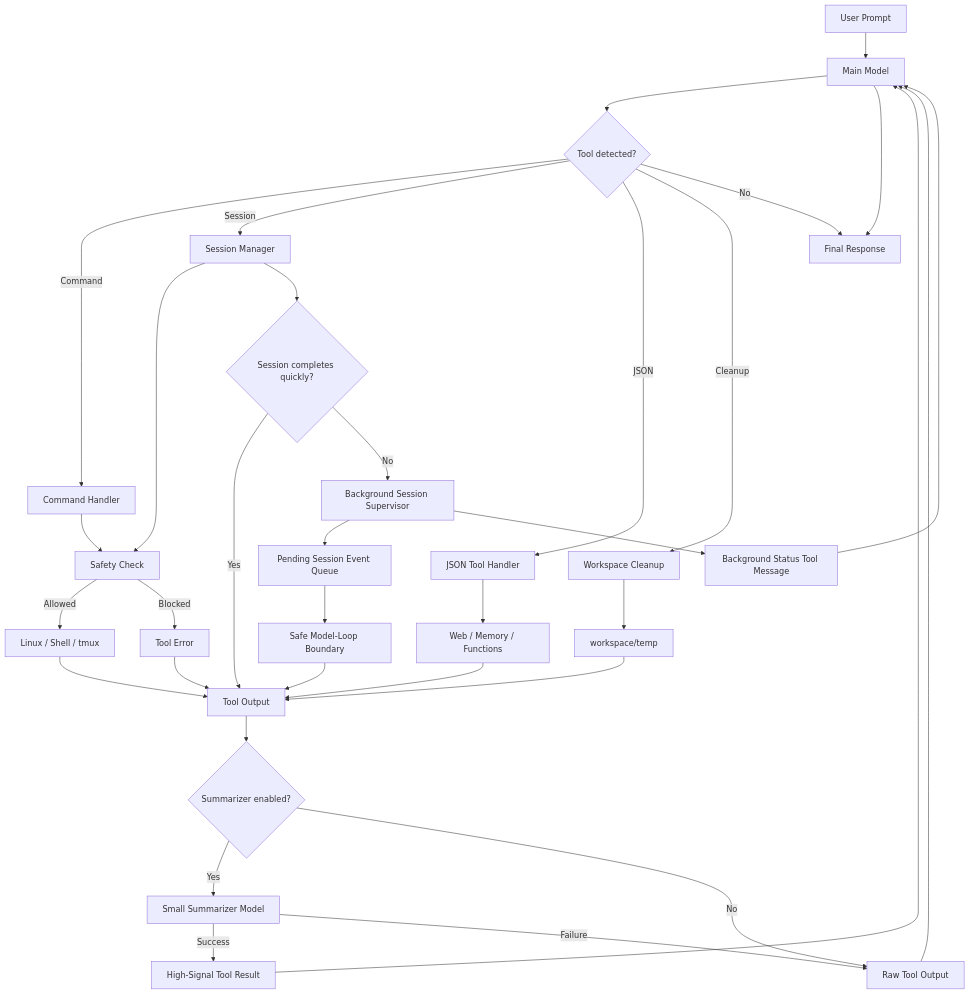
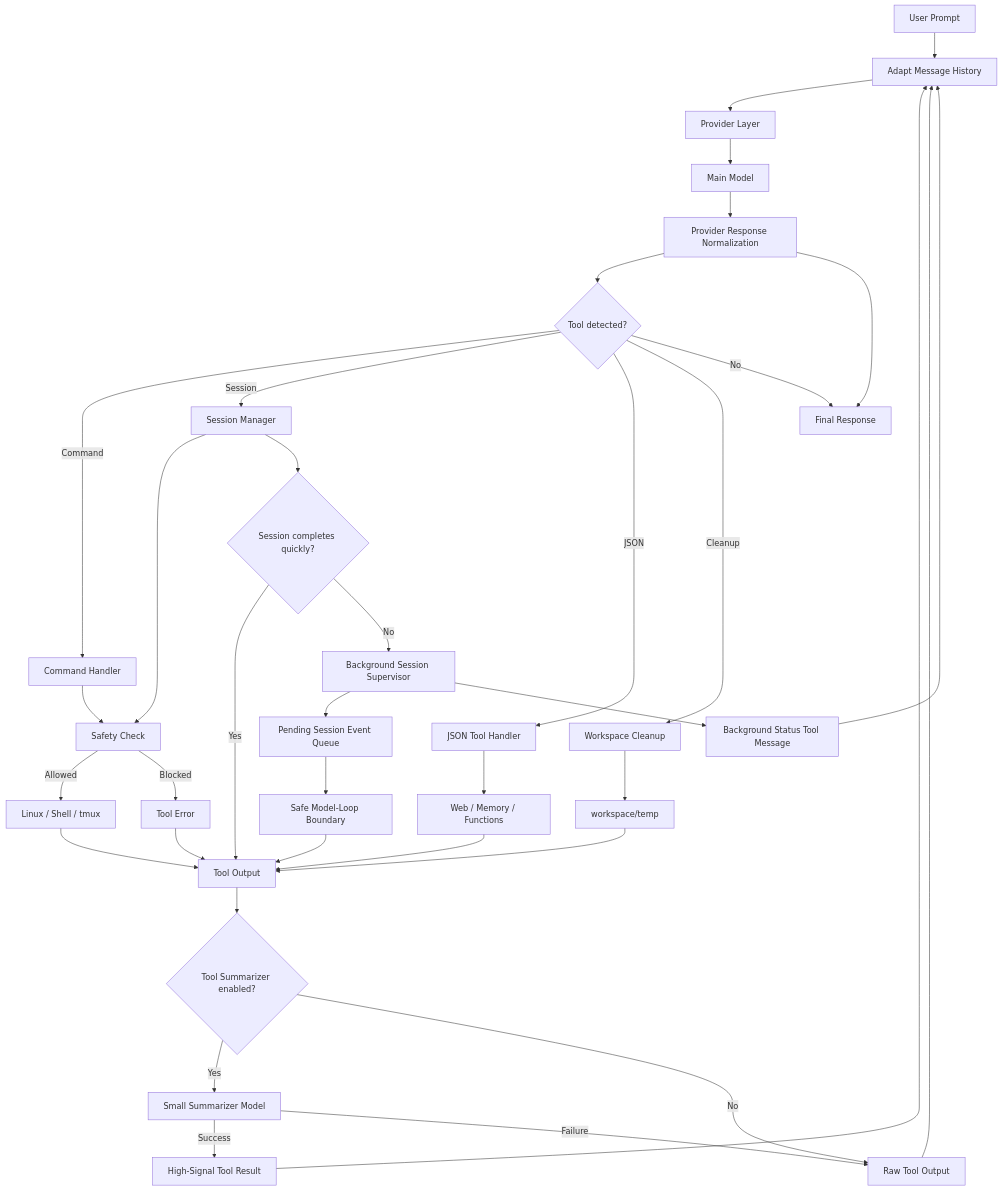
The first of 8 diagrams in README.md (charlesericwilson-portfolio/Echo_Adapt_v5), drawn with Mermaid before and after one commit. The commit also changed other lines of this file, not shown here.

First line of the commit message:
Revise README for Adapt v5.1 updates

````diff
--- a/README.md
+++ b/README.md
@@ -132,50 +224,53 @@
 ```mermaid
 flowchart TD
-    A[User Prompt] --> B[Main Model]
+    A[User Prompt] --> B[Adapt Message History]
+    B --> C[Provider Layer]
+    C --> D[Main Model]
 
-    B --> C{Tool detected?}
+    D --> E[Provider Response Normalization]
+    E --> F{Tool detected?}
 
-    C -->|Command| D[Command Handler]
-    C -->|Session| E[Session Manager]
-    C -->|JSON| F[JSON Tool Handler]
-    C -->|Cleanup| G[Workspace Cleanup]
-    C -->|No| H[Final Response]
+    F -->|Command| G[Command Handler]
+    F -->|Session| H[Session Manager]
+    F -->|JSON| I[JSON Tool Handler]
+    F -->|Cleanup| J[Workspace Cleanup]
+    F -->|No| K[Final Response]
 
-    D --> I[Safety Check]
-    E --> I
+    G --> L[Safety Check]
+    H --> L
 
-    I -->|Allowed| J[Linux / Shell / tmux]
-    I -->|Blocked| K[Tool Error]
+    L -->|Allowed| M[Linux / Shell / tmux]
+    L -->|Blocked| N[Tool Error]
 
-    E --> S{Session completes quickly?}
-    S -->|Yes| N[Tool Output]
-    S -->|No| T[Background Session Supervisor]
+    H --> O{Session completes quickly?}
+    O -->|Yes| P[Tool Output]
+    O -->|No| Q[Background Session Supervisor]
 
-    T --> U[Pending Session Event Queue]
-    U --> V[Safe Model-Loop Boundary]
-    V --> N
+    Q --> R[Pending Session Event Queue]
+    R --> S[Safe Model-Loop Boundary]
+    S --> P
 
-    F --> L[Web / Memory / Functions]
-    G --> M[workspace/temp]
+    I --> T[Web / Memory / Functions]
+    J --> U[workspace/temp]
 
-    J --> N
-    L --> N
-    M --> N
-    K --> N
+    M --> P
+    T --> P
+    U --> P
+    N --> P
 
-    N --> O{Summarizer enabled?}
+    P --> V{Tool Summarizer enabled?}
 
-    O -->|Yes| P[Small Summarizer Model]
-    O -->|No| Q[Raw Tool Output]
+    V -->|Yes| W[Small Summarizer Model]
+    V -->|No| X[Raw Tool Output]
 
-    P -->|Success| R[High-Signal Tool Result]
-    P -->|Failure| Q
+    W -->|Success| Y[High-Signal Tool Result]
+    W -->|Failure| X
 
-    R --> B
-    Q --> B
+    Y --> B
+    X --> B
 
-    T --> W[Background Status Tool Message]
-    W --> B
+    Q --> Z[Background Status Tool Message]
+    Z --> B
 
-    B --> H
+    E --> K
 ```
````
